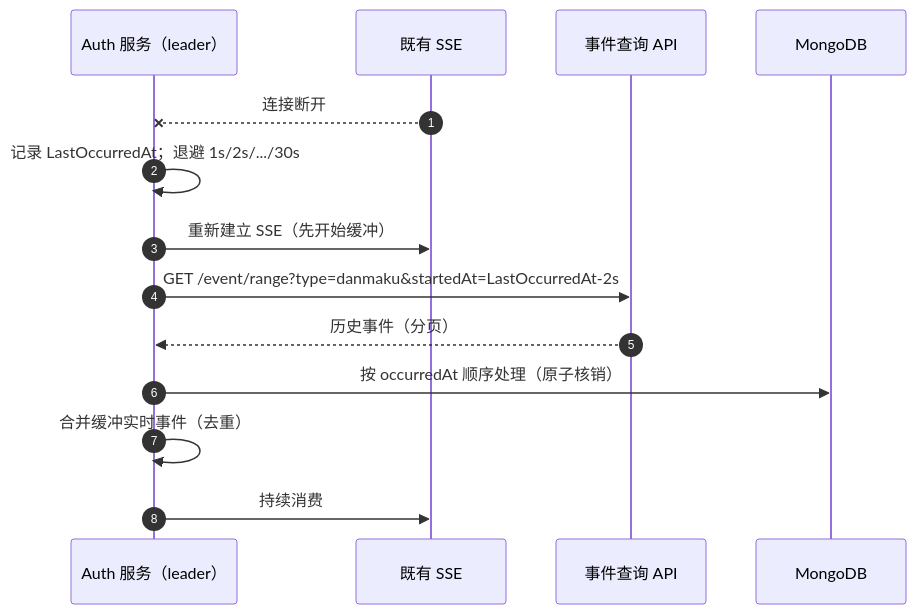
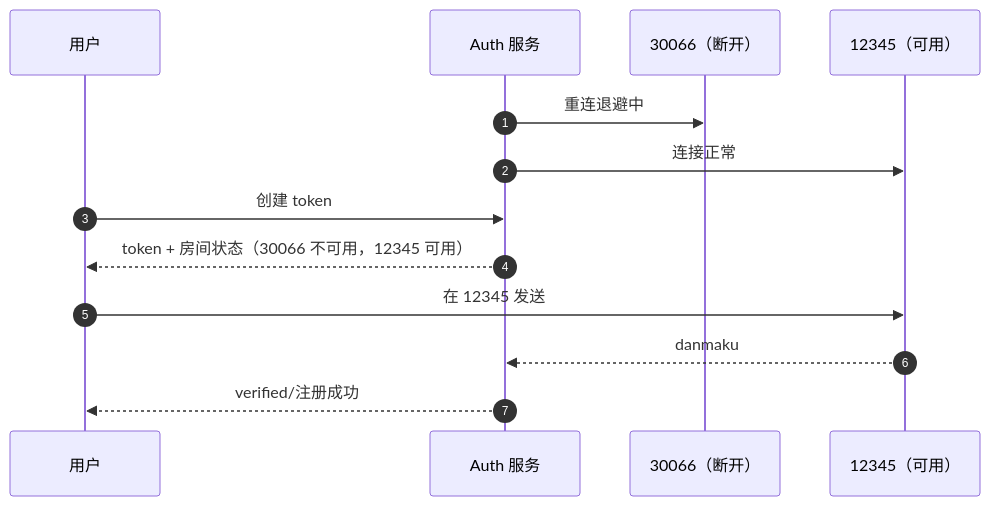
The eighth of 8 diagrams in docs/engineering/proposals/20261119-proposal-danmaku-account-auth.md (Deliay/z-vtuber), drawn with Mermaid before and after one commit. The commit also changed other lines of this file and 1 other file, not shown here.

Commit message:
docs(auth): 返工 v2.0，改为多站点 Casdoor SSO 与多房间事件源

````diff
--- a/docs/engineering/proposals/20261119-proposal-danmaku-account-auth.md
+++ b/docs/engineering/proposals/20261119-proposal-danmaku-account-auth.md
@@ -1024,17 +1074,16 @@
 ```mermaid
 sequenceDiagram
     autonumber
-    participant A as Auth 服务（leader）
-    participant S as 既有 SSE
-    participant R as 事件查询 API
-    participant M as MongoDB
+    participant U as 用户
+    participant P as Auth 服务
+    participant S1 as 30066（断开）
+    participant S2 as 12345（可用）
 
-    S--xA: 连接断开
-    A->>A: 记录 LastOccurredAt；退避 1s/2s/.../30s
-    A->>S: 重新建立 SSE（先开始缓冲）
-    A->>R: GET /event/range?type=danmaku&startedAt=LastOccurredAt-2s
-    R-->>A: 历史事件（分页）
-    A->>M: 按 occurredAt 顺序处理（原子核销）
-    A->>A: 合并缓冲实时事件（去重）
-    A->>S: 持续消费
+    P->>S1: 重连退避中
+    P->>S2: 连接正常
+    U->>P: 创建 token
+    P-->>U: token + 房间状态（30066 不可用，12345 可用）
+    U->>S2: 在 12345 发送
+    S2-->>P: danmaku
+    P-->>U: verified/注册成功
 ```
````
